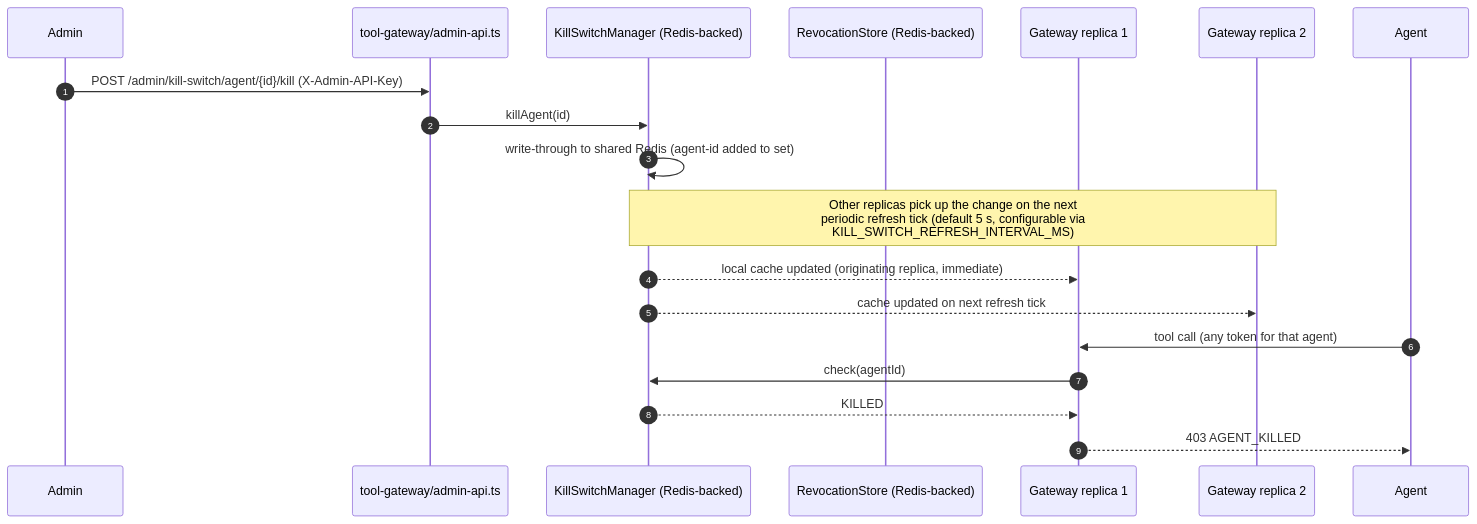
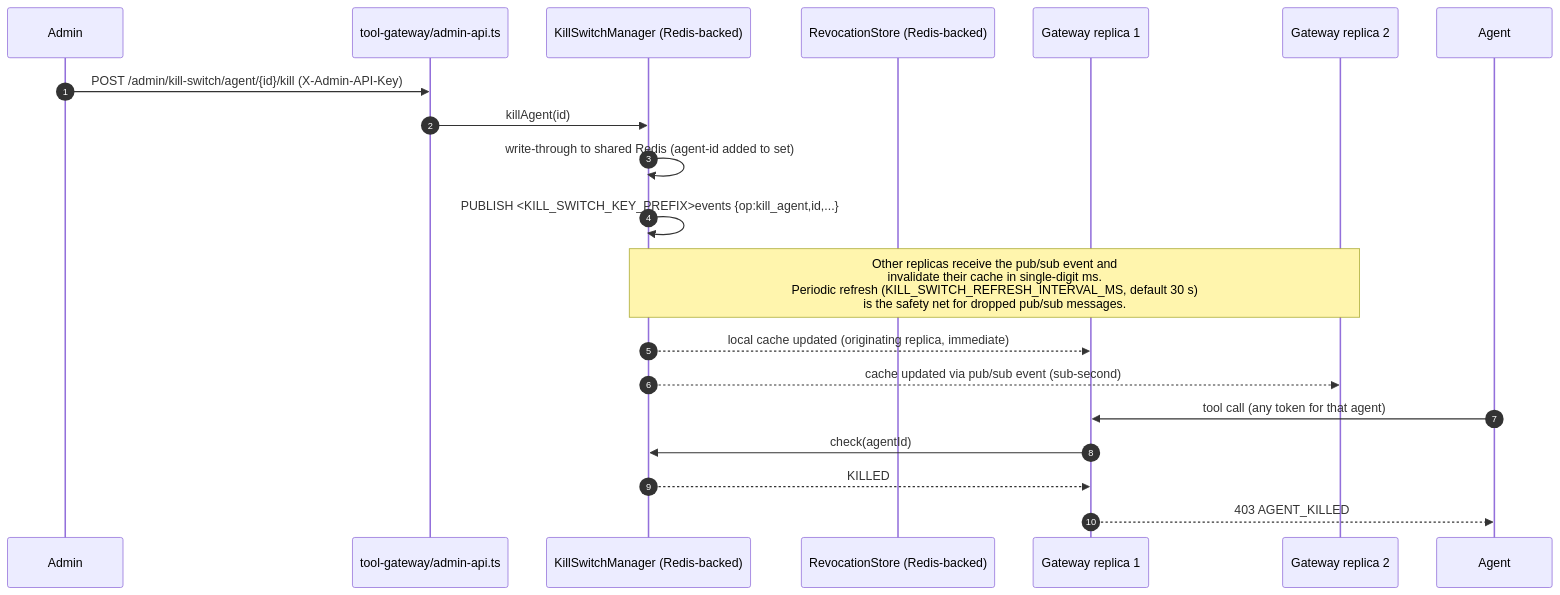
Before and after one commit to eunolabs/eunox: diagram 12 of 14 in docs/ARCHITECTURE.md, drawn with Mermaid. The commit also changed other lines of this file and 7 other files, not shown here.

First line of the commit message:
feat: Redis pub/sub kill-switch propagation — sub-second cross-replica invalidation (#74)

````diff
--- a/docs/ARCHITECTURE.md
+++ b/docs/ARCHITECTURE.md
@@ -516,22 +516,23 @@
 ```mermaid
 sequenceDiagram
     autonumber
     participant Admin
     participant Adm as tool-gateway/admin-api.ts
     participant KS as KillSwitchManager (Redis-backed)
     participant Rev as RevocationStore (Redis-backed)
     participant GW1 as Gateway replica 1
     participant GW2 as Gateway replica 2
     participant Agent
 
     Admin->>Adm: POST /admin/kill-switch/agent/{id}/kill (X-Admin-API-Key)
     Adm->>KS: killAgent(id)
     KS->>KS: write-through to shared Redis (agent-id added to set)
-    Note over KS,GW2: Other replicas pick up the change on the next<br/>periodic refresh tick (default 5 s, configurable via<br/>KILL_SWITCH_REFRESH_INTERVAL_MS)
+    KS->>KS: PUBLISH <KILL_SWITCH_KEY_PREFIX>events {op:kill_agent,id,...}
+    Note over KS,GW2: Other replicas receive the pub/sub event and<br/>invalidate their cache in single-digit ms.<br/>Periodic refresh (KILL_SWITCH_REFRESH_INTERVAL_MS, default 30 s)<br/>is the safety net for dropped pub/sub messages.
     KS-->>GW1: local cache updated (originating replica, immediate)
-    KS-->>GW2: cache updated on next refresh tick
+    KS-->>GW2: cache updated via pub/sub event (sub-second)
     Agent->>GW1: tool call (any token for that agent)
     GW1->>KS: check(agentId)
     KS-->>GW1: KILLED
     GW1-->>Agent: 403 AGENT_KILLED
 ```
````
